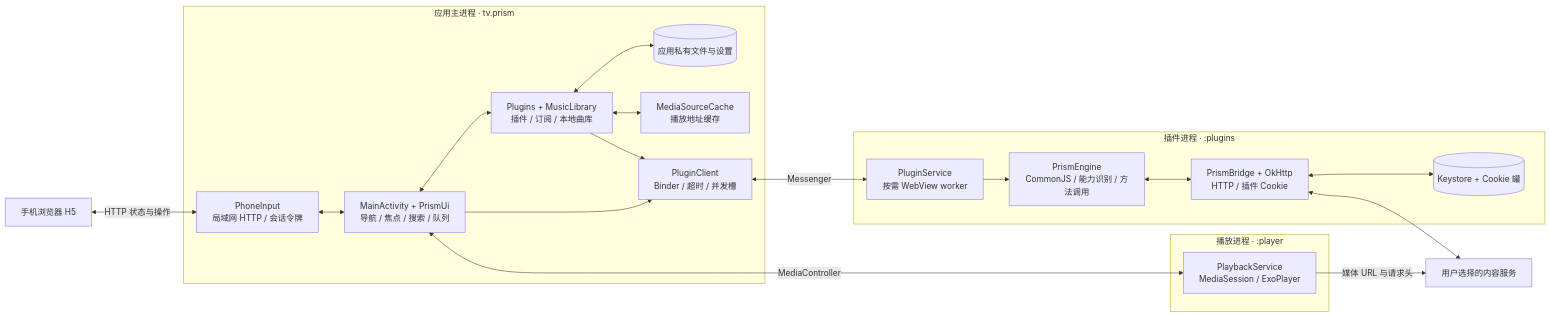
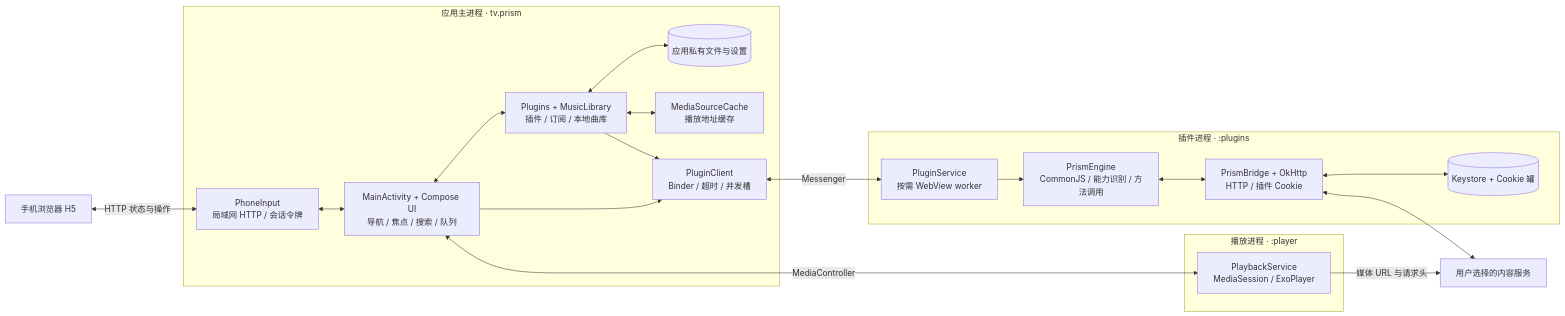
Before and after one commit to shellvon/prismaura-tv: the first of 2 diagrams in docs/ARCHITECTURE.md, drawn with Mermaid. The commit also changed other lines of this file and 4 other files, not shown here.

````diff
--- a/docs/ARCHITECTURE.md
+++ b/docs/ARCHITECTURE.md
@@ -7,36 +7,36 @@
 ```mermaid
 flowchart LR
     Remote["手机浏览器 H5"]
     Content["用户选择的内容服务"]
     subgraph App["应用主进程 · tv.prism"]
         Phone["PhoneInput\n局域网 HTTP / 会话令牌"]
-        UI["MainActivity + PrismUi\n导航 / 焦点 / 搜索 / 队列"]
+        UI["MainActivity + Compose UI\n导航 / 焦点 / 搜索 / 队列"]
         Repo["Plugins + MusicLibrary\n插件 / 订阅 / 本地曲库"]
         Cache["MediaSourceCache\n播放地址缓存"]
         Client["PluginClient\nBinder / 超时 / 并发槽"]
         Files[("应用私有文件与设置")]
     end
     subgraph JS["插件进程 · :plugins"]
         Service["PluginService\n按需 WebView worker"]
         Engine["PrismEngine\nCommonJS / 能力识别 / 方法调用"]
         Bridge["PrismBridge + OkHttp\nHTTP / 插件 Cookie"]
         Cookies[("Keystore + Cookie 罐")]
     end
     subgraph Audio["播放进程 · :player"]
         Player["PlaybackService\nMediaSession / ExoPlayer"]
     end
     Remote <-->|"HTTP 状态与操作"| Phone
     Phone <--> UI
     UI <--> Repo
     Repo <--> Files
     Repo <--> Cache
     UI --> Client
     Repo --> Client
     Client <-->|"Messenger"| Service
     Service --> Engine
     Engine <--> Bridge
     Bridge <--> Cookies
     Bridge <--> Content
     UI <-->|"MediaController"| Player
     Player -->|"媒体 URL 与请求头"| Content
 ```
````
